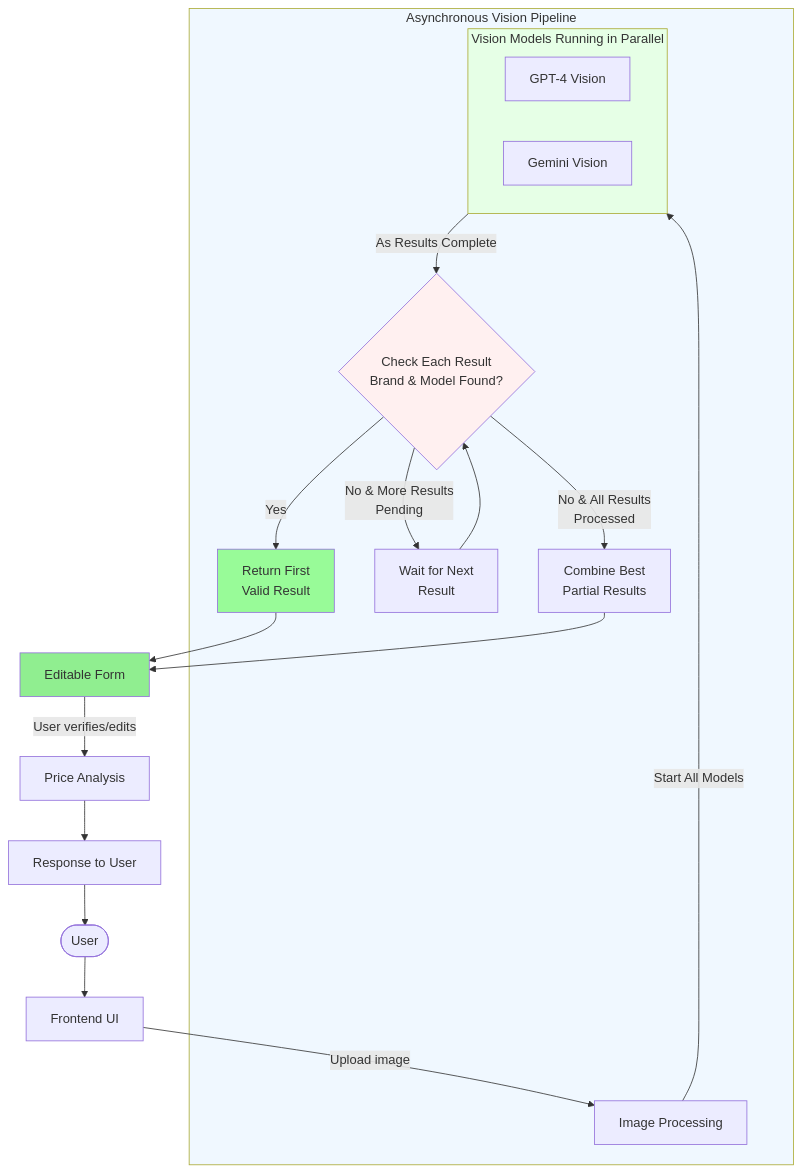
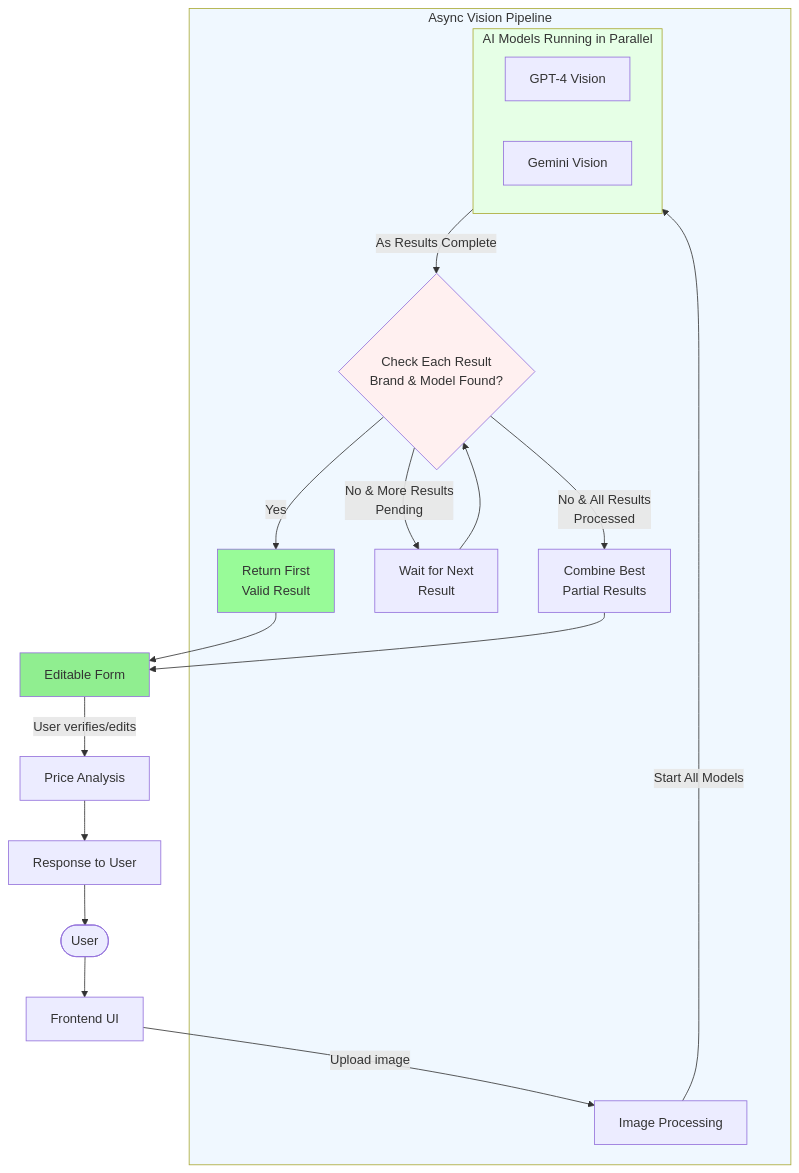
Before and after one commit to team-alya/kaluste-backend: the diagram in README.md, drawn with Mermaid. The commit also changed 1 other file, not shown here.

Commit message:
Update readme, remove mock response

````diff
--- a/README.md
+++ b/README.md
@@ -226,36 +228,36 @@
 ```mermaid
 flowchart TD
     User([User]) --> FrontendUI[Frontend UI]
     FrontendUI -->|Upload image| ImageProcess[Image Processing]
-
-    subgraph AsyncVisionPipeline[Asynchronous Vision Pipeline]
+    
+    subgraph AsyncPipeline[Async Vision Pipeline]
         ImageProcess --> |Start All Models| AsyncModels[Async Vision Models]
-
-        subgraph AsyncModels[Vision Models Running in Parallel]
+        
+        subgraph AsyncModels[AI Models Running in Parallel]
             direction LR
             GPT4[GPT-4 Vision]
             Gemini[Gemini Vision]
         end
-
+        
         AsyncModels --> |As Results Complete| ResultCheck{Check Each Result<br>Brand & Model Found?}
-
+        
         ResultCheck -->|Yes| StopAndUse[Return First<br>Valid Result]
         ResultCheck -->|No & More Results<br>Pending| WaitNext[Wait for Next<br>Result]
         WaitNext --> ResultCheck
-
+        
         ResultCheck -->|No & All Results<br>Processed| CombineResults[Combine Best<br>Partial Results]
     end
-
+    
     StopAndUse --> EditableForm[Editable Form]
     CombineResults --> EditableForm
-
+    
     EditableForm -->|User verifies/edits| PriceAnalysis[Price Analysis]
     PriceAnalysis --> ResponseUI[Response to User]
     ResponseUI --> User
 
-    style AsyncVisionPipeline fill:#f0f8ff
+    style AsyncPipeline fill:#f0f8ff
     style AsyncModels fill:#e6ffe6
     style ResultCheck fill:#fff0f0
     style EditableForm fill:#90EE90
     style StopAndUse fill:#98FB98
 ```
````
